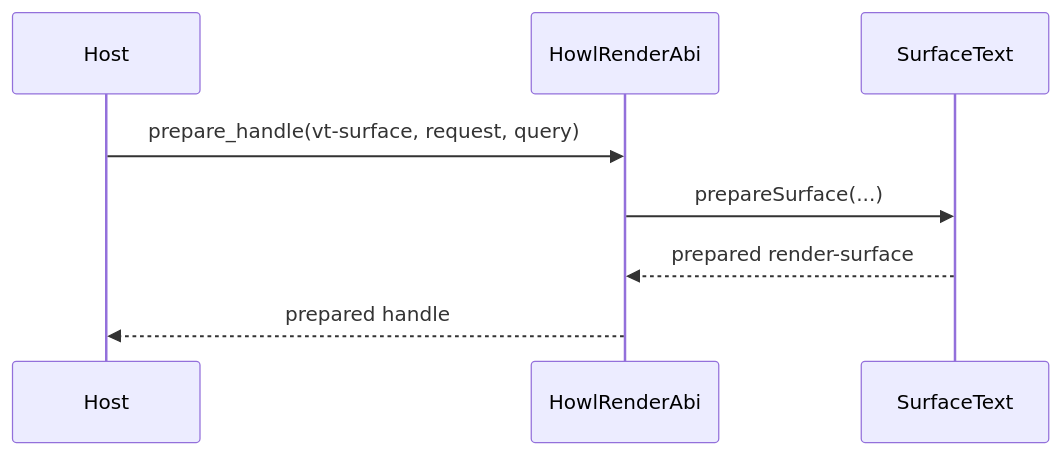
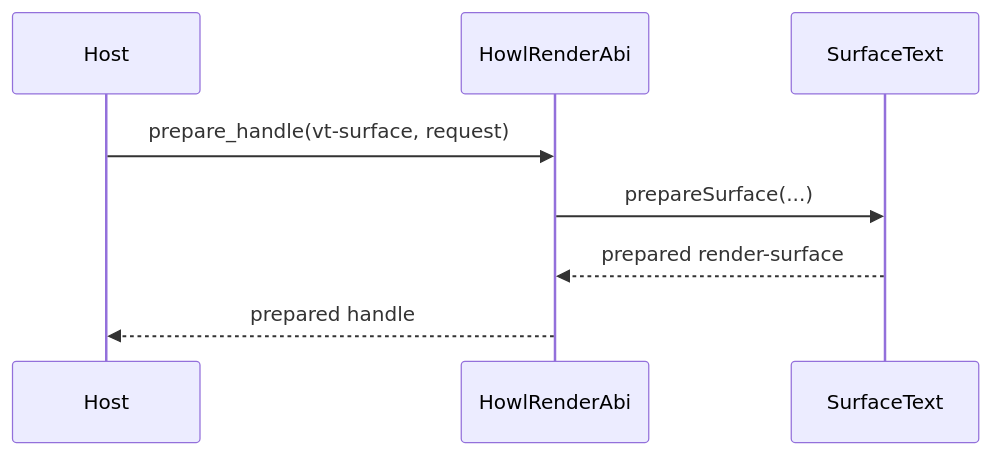
The third of 4 diagrams in design.md (LaurenceGuws/howl-render), drawn with Mermaid before and after one commit. The commit also changed other lines of this file and 3 other files, not shown here.

Commit message:
render: stop echoing query into prepare

````diff
--- a/design.md
+++ b/design.md
@@ -68,11 +68,11 @@
 ```mermaid
 sequenceDiagram
     participant Host
     participant R as HowlRenderAbi
     participant S as SurfaceText
 
-    Host->>R: prepare_handle(vt-surface, request, query)
+    Host->>R: prepare_handle(vt-surface, request)
     R->>S: prepareSurface(...)
     S-->>R: prepared render-surface
     R-->>Host: prepared handle
 ```
````
